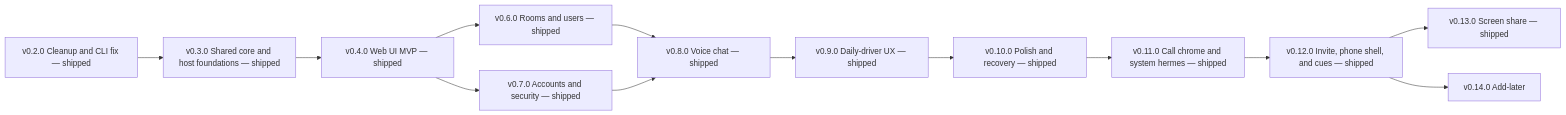
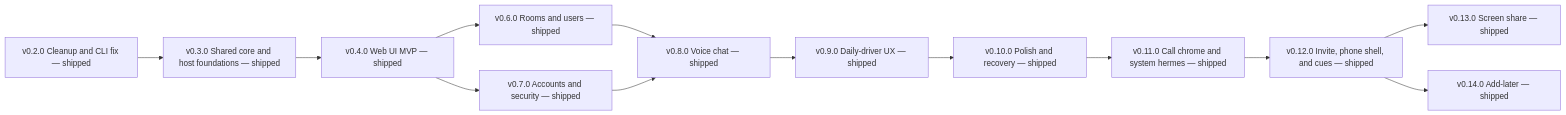
Before and after one commit to ahyibrahim/hermes-be: the diagram in docs/ROADMAP.md, drawn with Mermaid. The commit also changed other lines of this file and 1 other file, not shown here.

Commit message:
Mark v0.14.0 shipped on the roadmap.

````diff
--- a/docs/ROADMAP.md
+++ b/docs/ROADMAP.md
@@ -112,15 +112,15 @@
 ```mermaid
 graph LR
   v02[v0.2.0 Cleanup and CLI fix — shipped] --> v03[v0.3.0 Shared core and host foundations — shipped]
   v03 --> v04[v0.4.0 Web UI MVP — shipped]
   v04 --> v06[v0.6.0 Rooms and users — shipped]
   v04 --> v07[v0.7.0 Accounts and security — shipped]
   v06 --> v08[v0.8.0 Voice chat — shipped]
   v07 --> v08
   v08 --> v09[v0.9.0 Daily-driver UX — shipped]
   v09 --> v10[v0.10.0 Polish and recovery — shipped]
   v10 --> v11[v0.11.0 Call chrome and system hermes — shipped]
   v11 --> v12[v0.12.0 Invite, phone shell, and cues — shipped]
   v12 --> v13[v0.13.0 Screen share — shipped]
-  v12 --> v14[v0.14.0 Add-later]
+  v12 --> v14[v0.14.0 Add-later — shipped]
 ```
````
